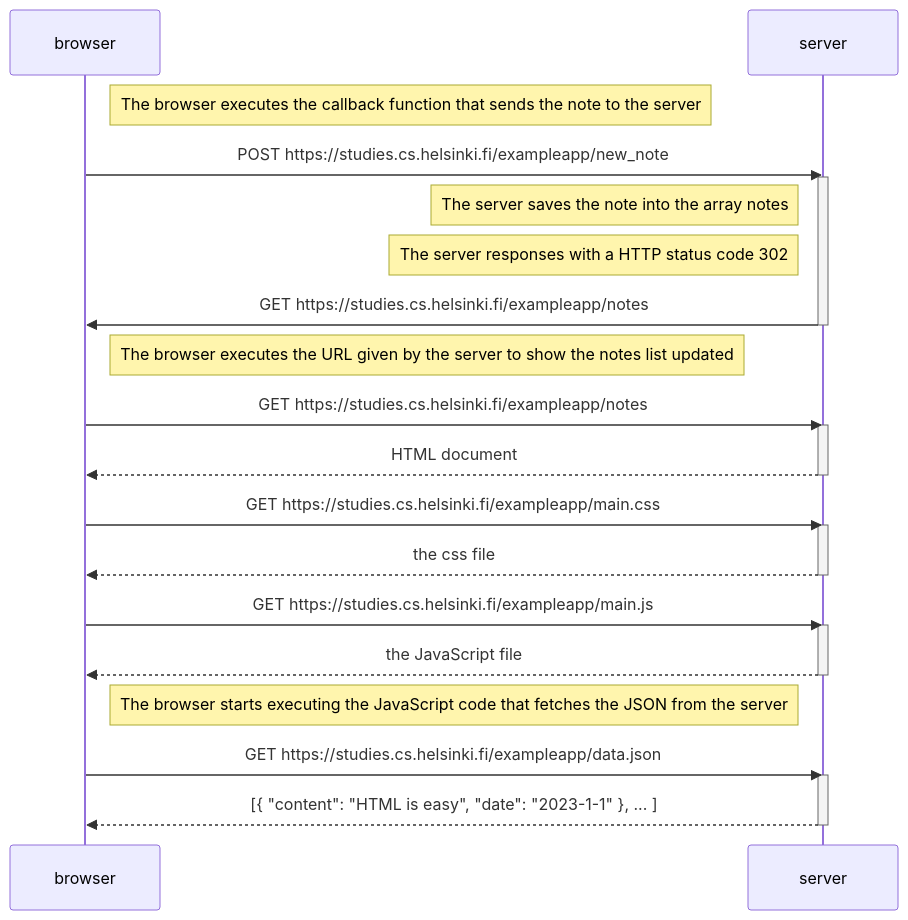
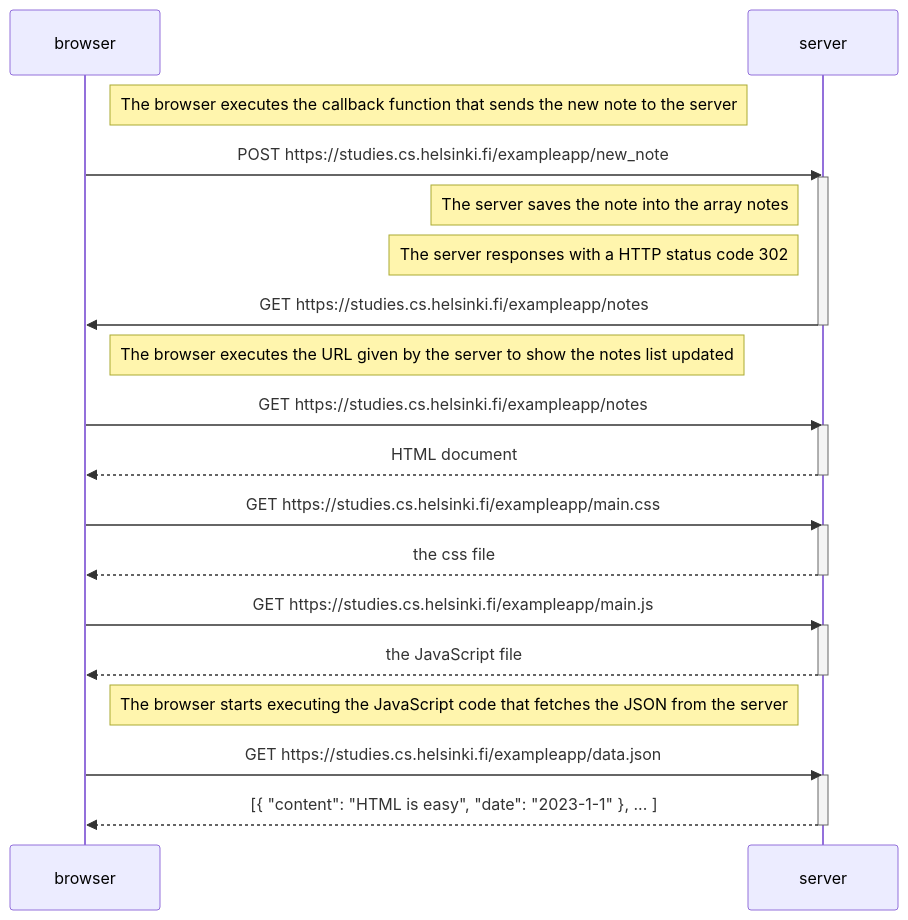
The diagram in part0/04.md (claudiainbytes/fullstackopen), drawn with Mermaid before and after one commit.

````diff
--- a/part0/04.md
+++ b/part0/04.md
@@ -1,41 +1,41 @@
 ```mermaid
 sequenceDiagram
     participant browser
     participant server
 
-    Note right of browser: The browser executes the callback function that sends the note to the server
+    Note right of browser: The browser executes the callback function that sends the new note to the server
 
     browser->>server: POST https://studies.cs.helsinki.fi/exampleapp/new_note
     activate server
 
     Note left of server: The server saves the note into the array notes
 
     Note left of server:  The server responses with a HTTP status code 302
 
     server->>browser: GET https://studies.cs.helsinki.fi/exampleapp/notes
     deactivate server
 
     Note right of browser: The browser executes the URL given by the server to show the notes list updated
 
     browser->>server: GET https://studies.cs.helsinki.fi/exampleapp/notes
     activate server
     server-->>browser: HTML document
     deactivate server
 
     browser->>server: GET https://studies.cs.helsinki.fi/exampleapp/main.css
     activate server
     server-->>browser: the css file
     deactivate server
 
     browser->>server: GET https://studies.cs.helsinki.fi/exampleapp/main.js
     activate server
     server-->>browser: the JavaScript file
     deactivate server
 
     Note right of browser: The browser starts executing the JavaScript code that fetches the JSON from the server
 
     browser->>server: GET https://studies.cs.helsinki.fi/exampleapp/data.json
     activate server
     server-->>browser: [{ "content": "HTML is easy", "date": "2023-1-1" }, ... ]
     deactivate server
 ```
````
